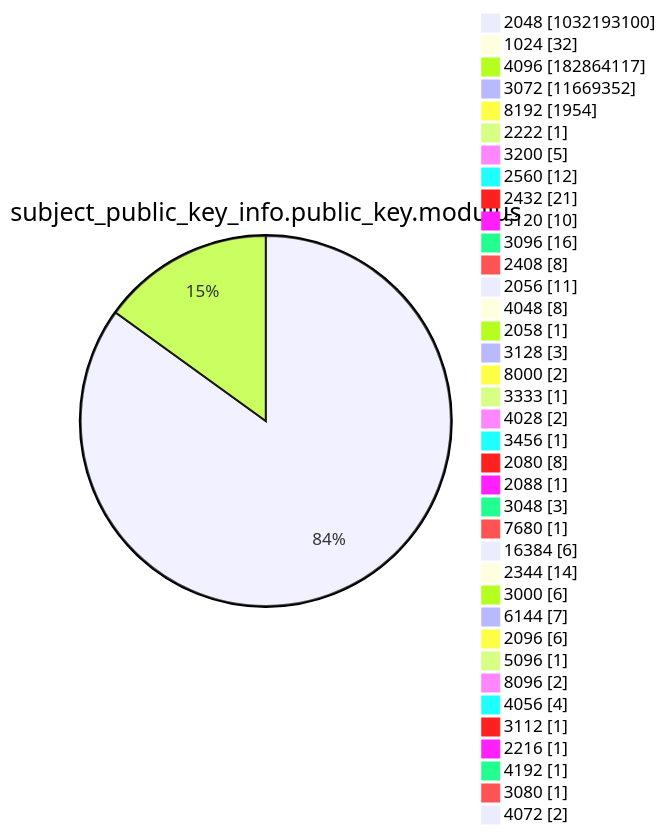
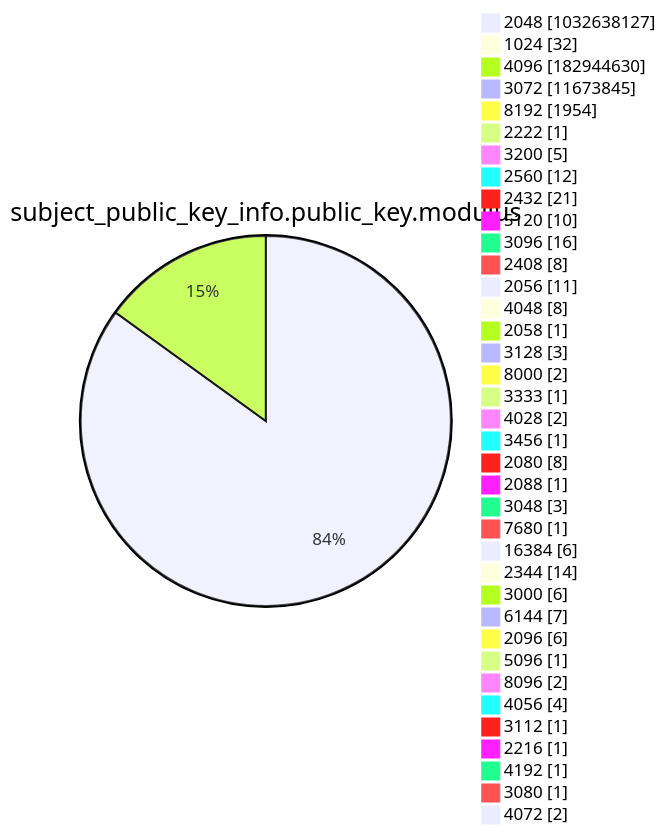
One commit to christiankrug/ctmonitor_visualization changed diagram 13 of 15 in argon2022/README.md. Above: the diagram before and after it, drawn with Mermaid. The commit also changed other lines of this file, not shown here.

````diff
--- a/argon2022/README.md
+++ b/argon2022/README.md
@@ -3589,41 +3589,41 @@
 ```mermaid
 pie showData
 title subject_public_key_info.public_key.modulus
-"2048" :1032193100
+"2048" :1032638127
 "1024" :32
-"4096" :182864117
-"3072" :11669352
+"4096" :182944630
+"3072" :11673845
 "8192" :1954
 "2222" :1
 "3200" :5
 "2560" :12
 "2432" :21
 "5120" :10
 "3096" :16
 "2408" :8
 "2056" :11
 "4048" :8
 "2058" :1
 "3128" :3
 "8000" :2
 "3333" :1
 "4028" :2
 "3456" :1
 "2080" :8
 "2088" :1
 "3048" :3
 "7680" :1
 "16384" :6
 "2344" :14
 "3000" :6
 "6144" :7
 "2096" :6
 "5096" :1
 "8096" :2
 "4056" :4
 "3112" :1
 "2216" :1
 "4192" :1
 "3080" :1
 "4072" :2
 ```
````
